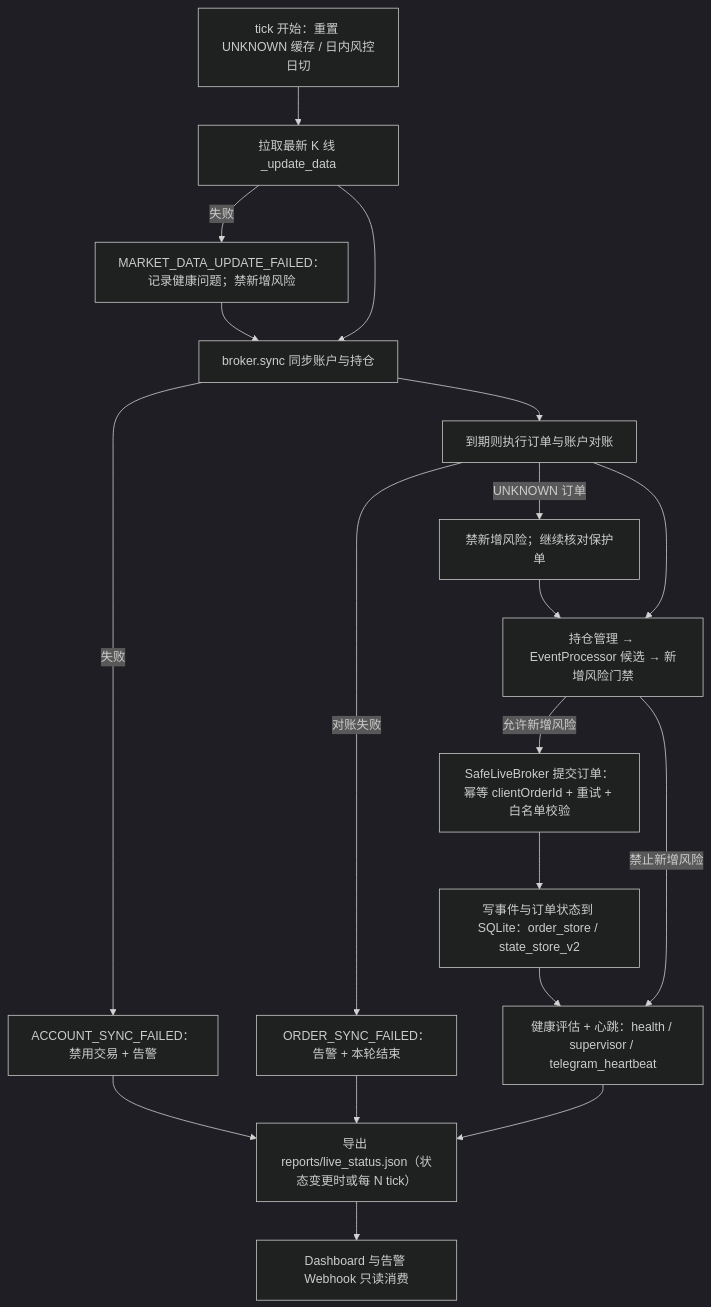
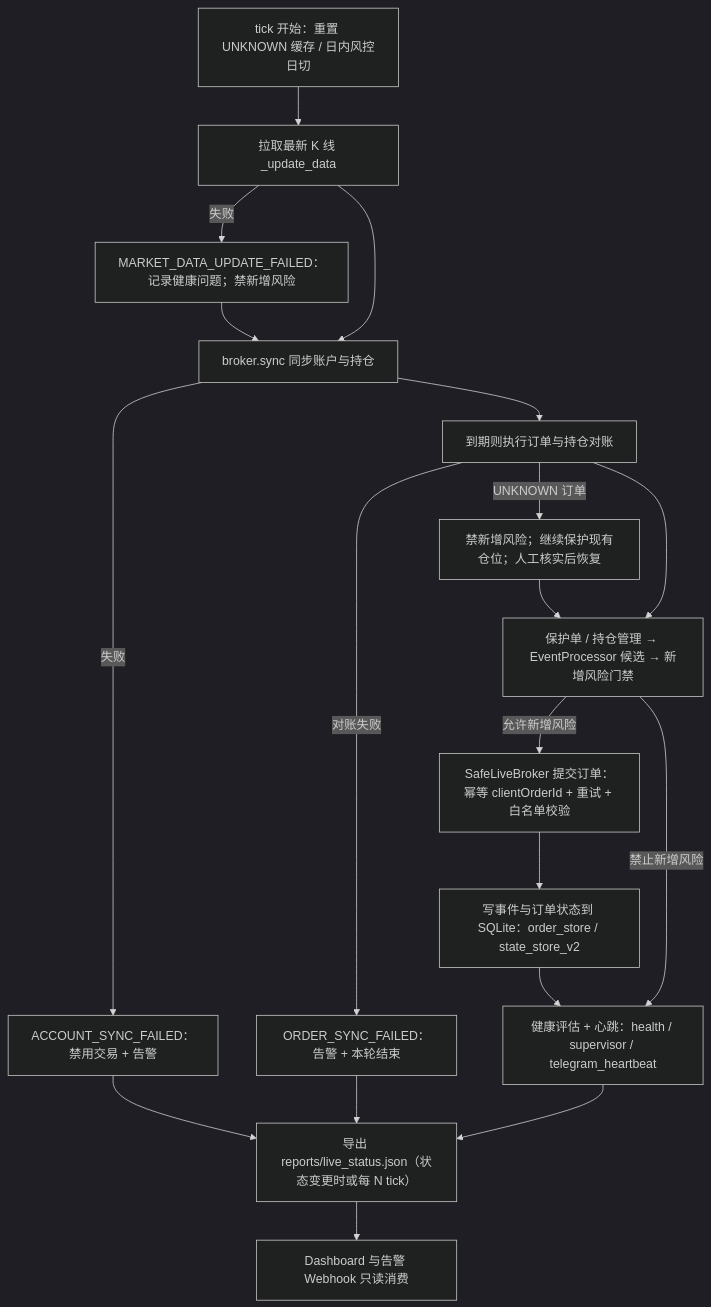
One commit to user-nmmmmm/QuantTradingV2 changed the fourth of 5 diagrams in README.md. Above: the diagram before and after it, drawn with Mermaid (dark theme). The commit also changed other lines of this file and 122 other files, not shown here.

````diff
--- a/README.md
+++ b/README.md
@@ -220,21 +223,21 @@
 ```mermaid
 flowchart TD
     T0["tick 开始：重置 UNKNOWN 缓存 / 日内风控日切"] --> T1["拉取最新 K 线 _update_data"]
     T1 -->|失败| X1["MARKET_DATA_UPDATE_FAILED：记录健康问题；禁新增风险"]
     X1 --> T2
     T1 --> T2["broker.sync 同步账户与持仓"]
     T2 -->|失败| X2["ACCOUNT_SYNC_FAILED：禁用交易 + 告警"]
-    T2 --> T3["到期则执行订单与账户对账"]
+    T2 --> T3["到期则执行订单与持仓对账"]
     T3 -->|对账失败| X3["ORDER_SYNC_FAILED：告警 + 本轮结束"]
-    T3 -->|UNKNOWN 订单| U["禁新增风险；继续核对保护单"]
-    T3 --> T4["持仓管理 → EventProcessor 候选 → 新增风险门禁"]
+    T3 -->|UNKNOWN 订单| U["禁新增风险；继续保护现有仓位；人工核实后恢复"]
+    T3 --> T4["保护单 / 持仓管理 → EventProcessor 候选 → 新增风险门禁"]
     U --> T4
     T4 -->|允许新增风险| T5["SafeLiveBroker 提交订单：幂等 clientOrderId + 重试 + 白名单校验"]
     T4 -->|禁止新增风险| T7
     T5 --> T6["写事件与订单状态到 SQLite：order_store / state_store_v2"]
     T6 --> T7["健康评估 + 心跳：health / supervisor / telegram_heartbeat"]
     T7 --> T8["导出 reports/live_status.json（状态变更时或每 N tick）"]
     X2 --> T8
     X3 --> T8
     T8 --> T9["Dashboard 与告警 Webhook 只读消费"]
 ```
````
